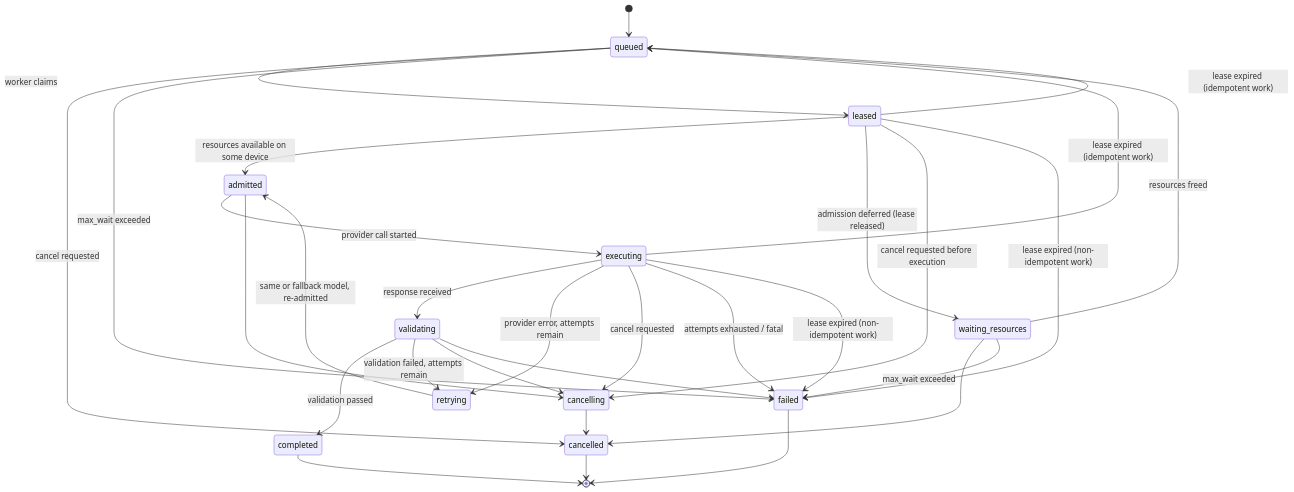
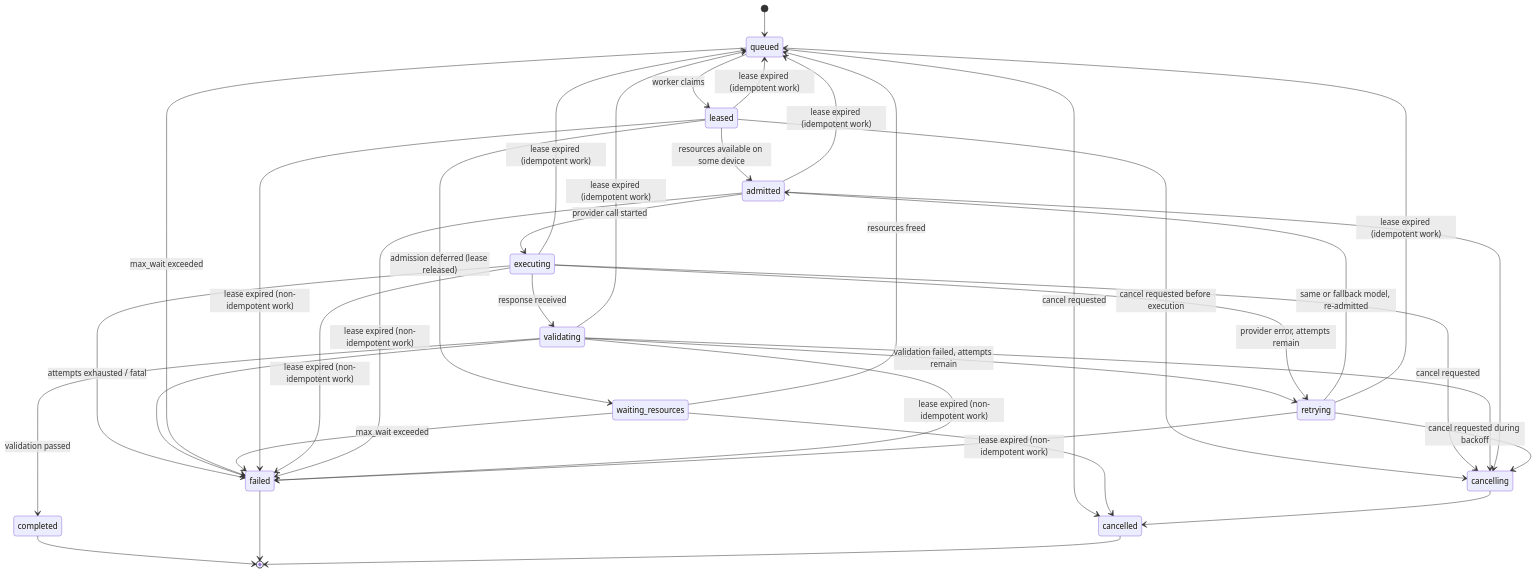
One commit to JPKell/OpenWeight-Gym changed the diagram in apps/loadcoach/queue-and-scheduling.md. Above: the diagram before and after it, drawn with Mermaid. The commit also changed other lines of this file and 1 other file, not shown here.

Commit message:
update to docs

````diff
--- a/apps/loadcoach/queue-and-scheduling.md
+++ b/apps/loadcoach/queue-and-scheduling.md
@@ -30,32 +30,39 @@
 ```mermaid
 stateDiagram-v2
     [*] --> queued
     queued --> leased : worker claims
     leased --> admitted : resources available on some device
     leased --> waiting_resources : admission deferred (lease released)
     leased --> cancelling : cancel requested before execution
     waiting_resources --> queued : resources freed
     admitted --> executing : provider call started
     executing --> validating : response received
     validating --> completed : validation passed
     validating --> retrying : validation failed, attempts remain
     executing --> retrying : provider error, attempts remain
     retrying --> admitted : same or fallback model, re-admitted
     executing --> cancelling : cancel requested
     validating --> cancelling
     admitted --> cancelling
     queued --> cancelled : cancel requested
     waiting_resources --> cancelled
     cancelling --> cancelled
     executing --> failed : attempts exhausted / fatal
     validating --> failed
     queued --> failed : max_wait exceeded
     waiting_resources --> failed : max_wait exceeded
     leased --> queued : lease expired (idempotent work)
     leased --> failed : lease expired (non-idempotent work)
     executing --> queued : lease expired (idempotent work)
     executing --> failed : lease expired (non-idempotent work)
+    admitted --> queued : lease expired (idempotent work)
+    admitted --> failed : lease expired (non-idempotent work)
+    validating --> queued : lease expired (idempotent work)
+    validating --> failed : lease expired (non-idempotent work)
+    retrying --> queued : lease expired (idempotent work)
+    retrying --> failed : lease expired (non-idempotent work)
+    retrying --> cancelling : cancel requested during backoff
     completed --> [*]
     failed --> [*]
     cancelled --> [*]
 ```
````
